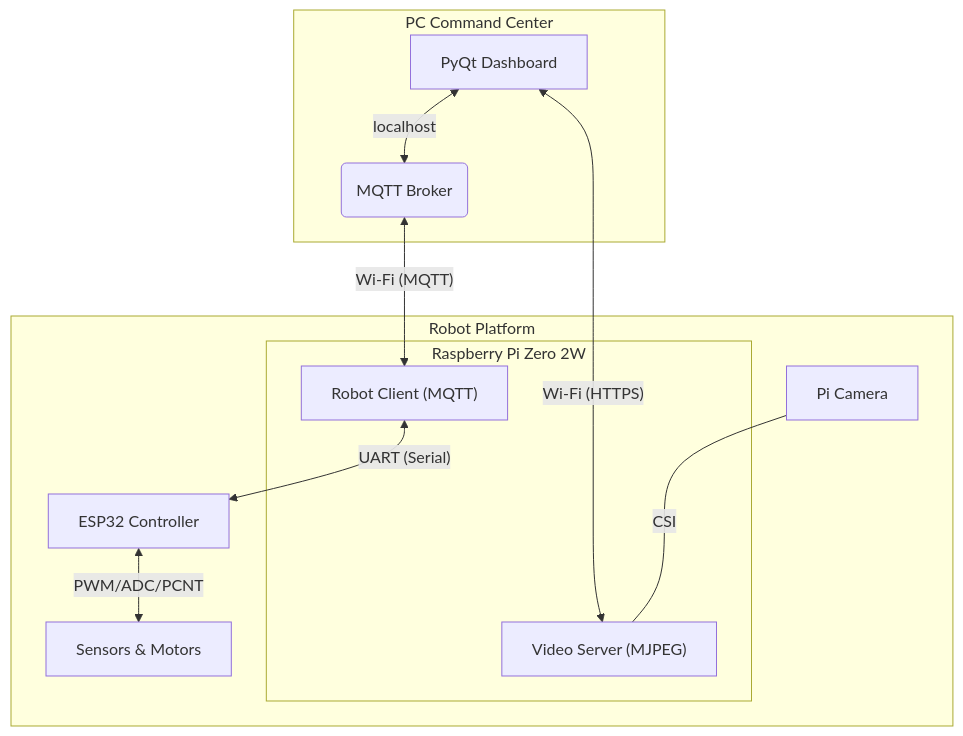
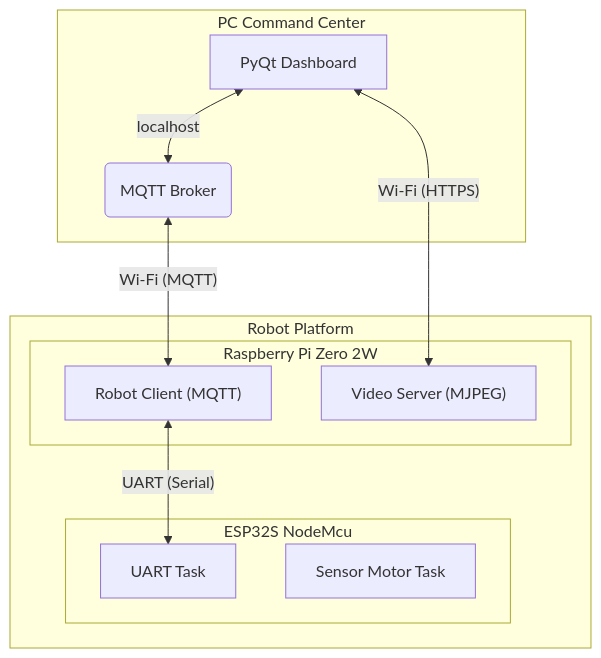
One commit to Nyfeu/Tatu-Bomba changed the diagram in README.md. Above: the diagram before and after it, drawn with Mermaid.

Commit message:
docs: atualiza o README.md

````diff
--- a/README.md
+++ b/README.md
@@ -36,30 +36,28 @@
 ```mermaid
 graph TD
     subgraph "PC Command Center"
         A[PyQt Dashboard]
         B(MQTT Broker)
         A -- "localhost" <--> B
     end
 
     subgraph "Robot Platform"
     
 		    subgraph H["Raspberry Pi Zero 2W"]
+				C["Robot Client (MQTT)"]
+				D["Video Server (MJPEG)"]
+		    end
+
+			subgraph E["ESP32S NodeMcu"]
 		    
-					C["Robot Client (MQTT)"]
-	        D["Video Server (MJPEG)"]
+				F["UART Task"]
+	        	G["Sensor Motor Task"]
 	        
 		    end 
-		    
-		    G[Pi Camera]
-        E[ESP32 Controller]
-        F[Sensors & Motors]
         
-    
     end
 
     B -- "Wi-Fi (MQTT)" <--> C
     A -- "Wi-Fi (HTTPS)" <--> D
-    C -- "UART (Serial)" <--> E
-    E -- "PWM/ADC/PCNT" <--> F
-    G -- "CSI" <--- D
+    C -- "UART (Serial)" <--> F
 ```
````
